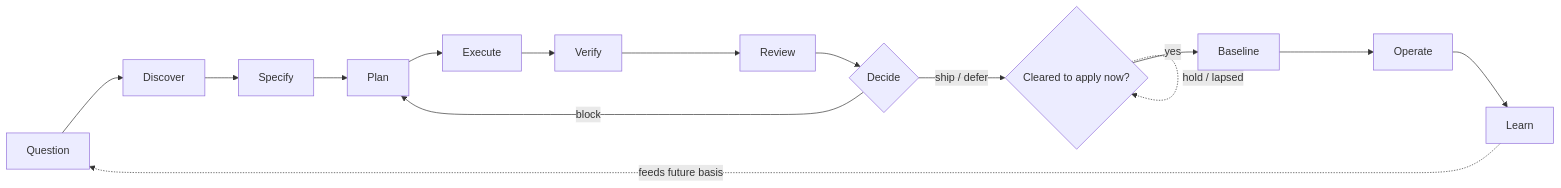
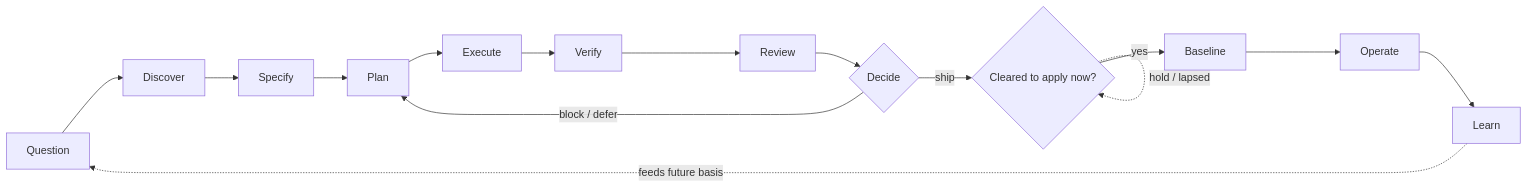
Before and after one commit to FlyFission/nuclear-grade-context-engineering: the first of 9 diagrams in docs/diagrams.md, drawn with Mermaid. The commit also changed other lines of this file and 9 other files, not shown here.

````diff
--- a/docs/diagrams.md
+++ b/docs/diagrams.md
@@ -18,11 +18,11 @@
 ```mermaid
 flowchart LR
     Q[Question] --> D[Discover] --> S[Specify] --> P[Plan]
     P --> E[Execute] --> V[Verify] --> R[Review]
     R --> Dec{Decide}
-    Dec -->|ship / defer| Clr{Cleared to apply now?}
+    Dec -->|ship| Clr{Cleared to apply now?}
     Clr -->|yes| B[Baseline] --> O[Operate] --> L[Learn]
     Clr -.->|hold / lapsed| Clr
-    Dec -->|block| P
+    Dec -->|block / defer| P
     L -.feeds future basis.-> Q
 ```
````
